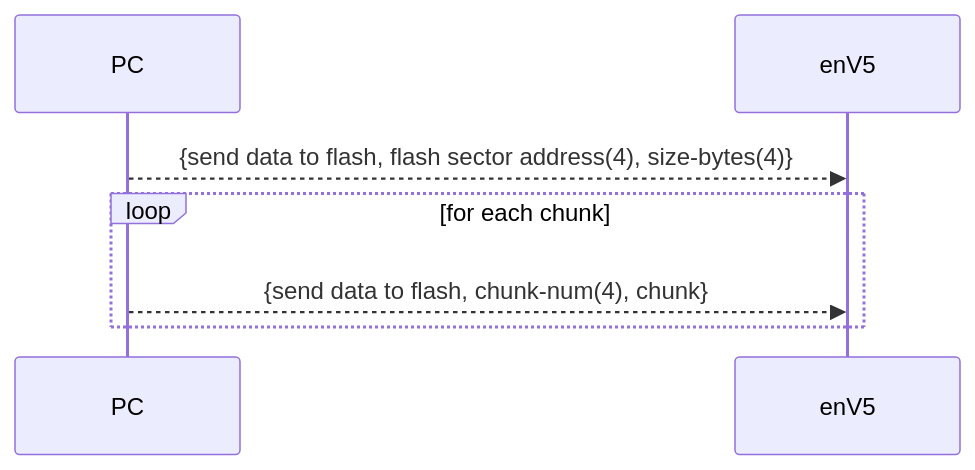
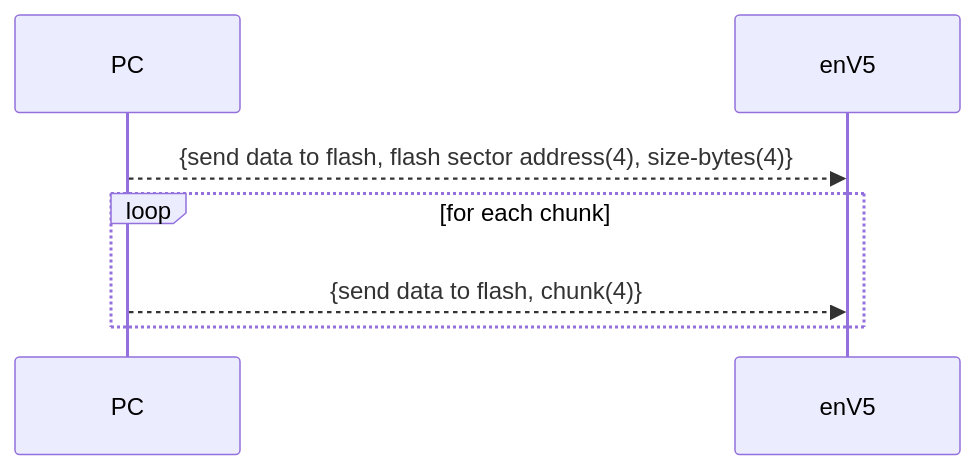
One commit to es-ude/elastic-ai.runtime.enV5 changed the fifth of 10 diagrams in python_utils/usb/README.adoc. Above: the diagram before and after it, drawn with Mermaid. The commit also changed other lines of this file, not shown here.

```diff
--- a/python_utils/usb/README.adoc
+++ b/python_utils/usb/README.adoc
@@ -79,8 +79,8 @@
 [mermaid]
 ....
 sequenceDiagram
     PC-->>enV5: {send data to flash, flash sector address(4), size-bytes(4)}
     loop for each chunk
-    PC -->> enV5: {send data to flash, chunk-num(4), chunk}
+    PC -->> enV5: {send data to flash, chunk(4)}
     end
 ....
```
